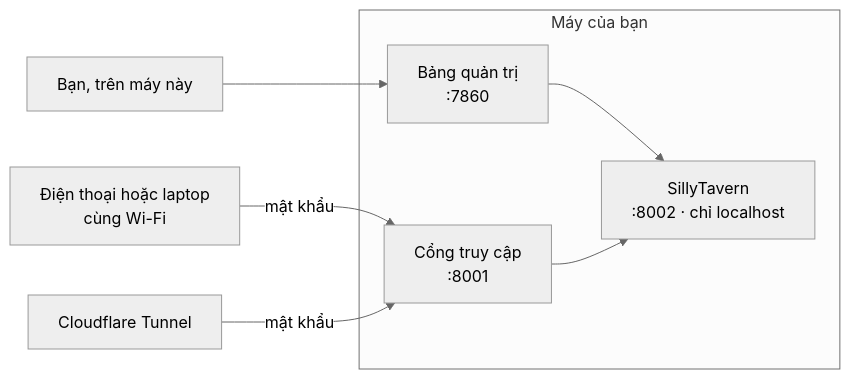
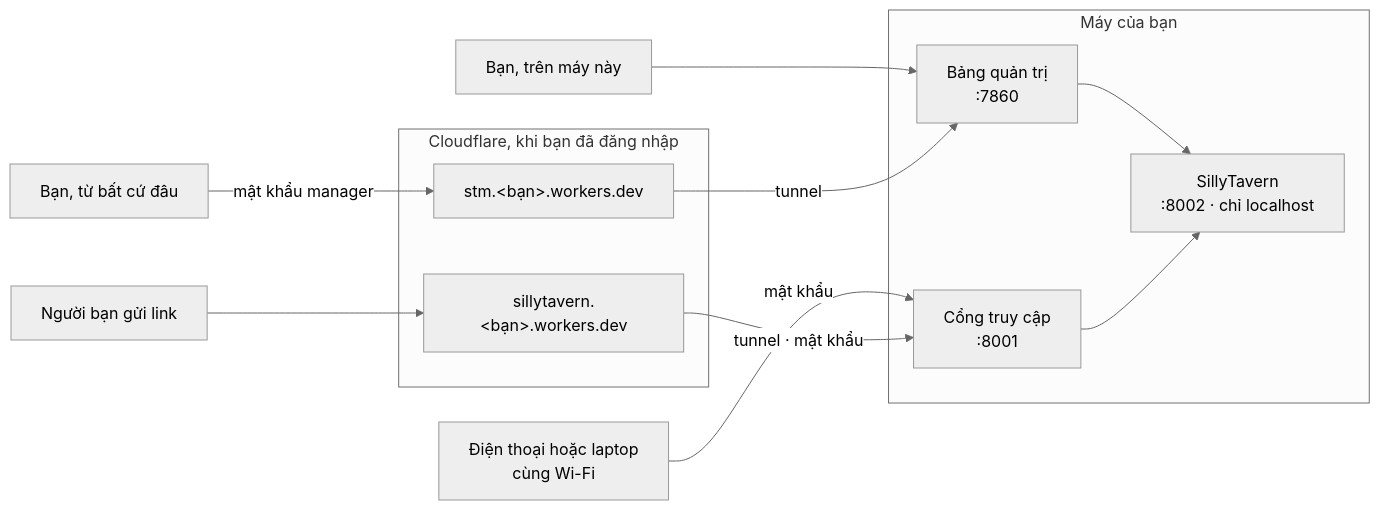
Before and after one commit to locmaymo/stm: the diagram in README.vi.md, drawn with Mermaid (neutral theme). The commit also changed other lines of this file and 27 other files, not shown here.

````diff
--- a/README.vi.md
+++ b/README.vi.md
@@ -300,13 +302,20 @@
 ```mermaid
 flowchart LR
   subgraph machine["Máy của bạn"]
     M["Bảng quản trị<br/>:7860"]
     G["Cổng truy cập<br/>:8001"]
     S["SillyTavern<br/>:8002 · chỉ localhost"]
     M --> S
     G --> S
   end
+  subgraph cf["Cloudflare, khi bạn đã đăng nhập"]
+    WS["sillytavern.&lt;bạn&gt;.workers.dev"]
+    WM["stm.&lt;bạn&gt;.workers.dev"]
+  end
   A["Bạn, trên máy này"] --> M
   B["Điện thoại hoặc laptop<br/>cùng Wi-Fi"] -- mật khẩu --> G
-  C["Cloudflare Tunnel"] -- mật khẩu --> G
+  C["Người bạn gửi link"] --> WS
+  D["Bạn, từ bất cứ đâu"] -- mật khẩu manager --> WM
+  WS -- tunnel · mật khẩu --> G
+  WM -- tunnel --> M
 ```
````
